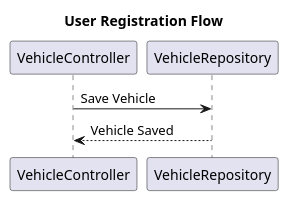
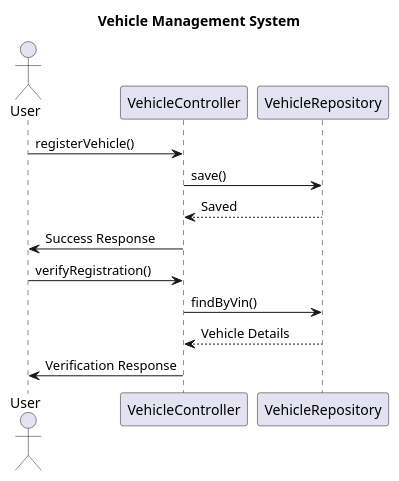
Before and after one commit to Dinesh-s95/AutoDoc.ai: the first of 2 diagrams in vehiclemanagement/documentation/detaileddesign.adoc, drawn with PlantUML. The commit also changed other lines of this file and 16 other files, not shown here.

```diff
--- a/vehiclemanagement/documentation/detaileddesign.adoc
+++ b/vehiclemanagement/documentation/detaileddesign.adoc
@@ -90,6 +68,16 @@
 [plantuml, runtime-view]
 ----
-title User Registration Flow
-VehicleController -> VehicleRepository: Save Vehicle
-VehicleRepository --> VehicleController: Vehicle Saved
+title Vehicle Management System
+
+actor User
+
+User -> VehicleController: registerVehicle()
+VehicleController -> VehicleRepository: save()
+VehicleRepository --> VehicleController: Saved
+VehicleController -> User: Success Response
+
+User -> VehicleController: verifyRegistration()
+VehicleController -> VehicleRepository: findByVin()
+VehicleRepository --> VehicleController: Vehicle Details
+VehicleController -> User: Verification Response
 ----
```
